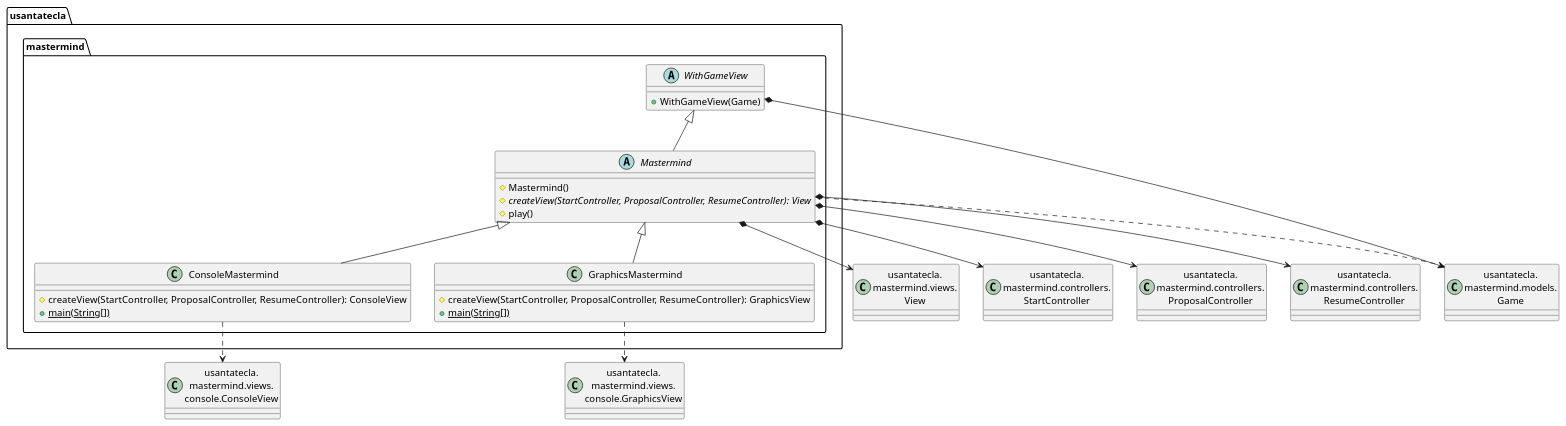
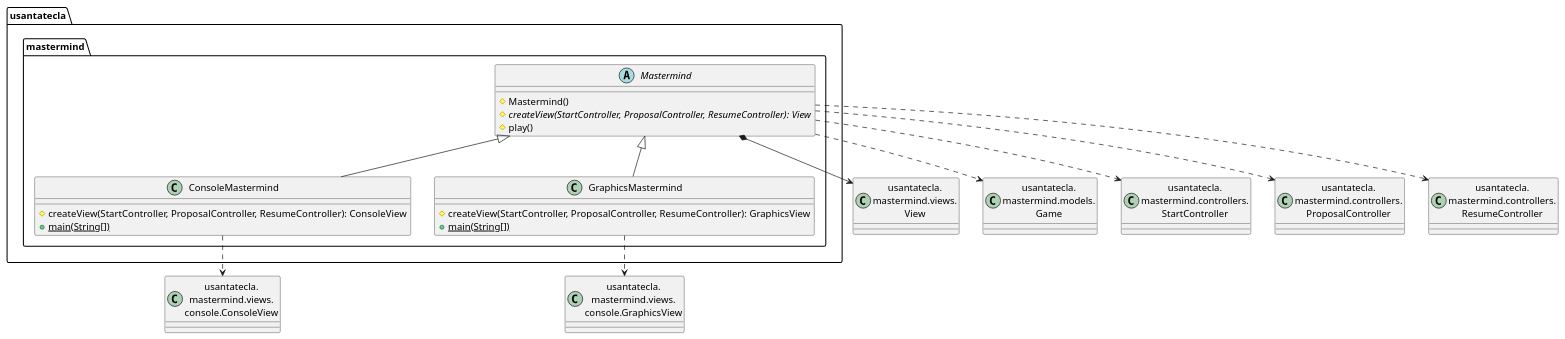
One commit to SantaTecla-mastermind/solution.java.swing.socket.sql changed the first of 7 diagrams in modelViewPresenter/presentationModel/basic/docs/diagrams/src/paquetes.plantuml. Above: the diagram before and after it, drawn with PlantUML. The commit also changed other lines of this file and 44 other files, not shown here.

Commit message:
Some refactor in previous versions. Fixed code + diagrams in withFacade + implemented WithLogicView

```diff
--- a/modelViewPresenter/presentationModel/basic/docs/diagrams/src/paquetes.plantuml
+++ b/modelViewPresenter/presentationModel/basic/docs/diagrams/src/paquetes.plantuml
@@ -1,42 +1,36 @@
 @startuml usantatecla.mastermind
 
 class View as "usantatecla.\nmastermind.views.\nView"
 class Game as "usantatecla.\nmastermind.models.\nGame"
 class ConsoleView as "usantatecla.\nmastermind.views.\nconsole.ConsoleView"
 class GraphicsView as "usantatecla.\nmastermind.views.\nconsole.GraphicsView"
 class StartController as "usantatecla.\nmastermind.controllers.\nStartController"
 class ProposalController as "usantatecla.\nmastermind.controllers.\nProposalController"
 class ResumeController as "usantatecla.\nmastermind.controllers.\nResumeController"
 
-abstract class usantatecla.mastermind.WithGameView{
-    + WithGameView(Game)
-}
-usantatecla.mastermind.WithGameView *-down-> Game
-
 abstract class  usantatecla.mastermind.Mastermind{
     # Mastermind()
     # {abstract} createView(StartController, ProposalController, ResumeController): View
     # play()
 }
-usantatecla.mastermind.Mastermind -up-|> usantatecla.mastermind.WithGameView
+usantatecla.mastermind.Mastermind *-down-> View
 usantatecla.mastermind.Mastermind .down.> Game
-usantatecla.mastermind.Mastermind *-down-> View
-usantatecla.mastermind.Mastermind *-down-> StartController
-usantatecla.mastermind.Mastermind *-down-> ProposalController
-usantatecla.mastermind.Mastermind *-down-> ResumeController
+usantatecla.mastermind.Mastermind .down.> StartController
+usantatecla.mastermind.Mastermind .down.> ProposalController
+usantatecla.mastermind.Mastermind .down.> ResumeController
 
 class  usantatecla.mastermind.ConsoleMastermind{
     # createView(StartController, ProposalController, ResumeController): ConsoleView
     + {static} main(String[])
 }
 usantatecla.mastermind.ConsoleMastermind -up-|> usantatecla.mastermind.Mastermind
 usantatecla.mastermind.ConsoleMastermind ..> ConsoleView
 
 class  usantatecla.mastermind.GraphicsMastermind{
     # createView(StartController, ProposalController, ResumeController): GraphicsView
     + {static} main(String[])
 }
 usantatecla.mastermind.GraphicsMastermind -up-|> usantatecla.mastermind.Mastermind
 usantatecla.mastermind.GraphicsMastermind ..> GraphicsView
 
 @enduml
```
